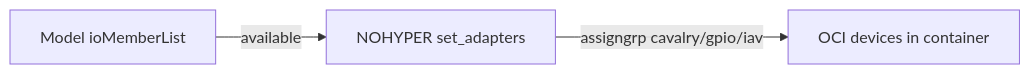
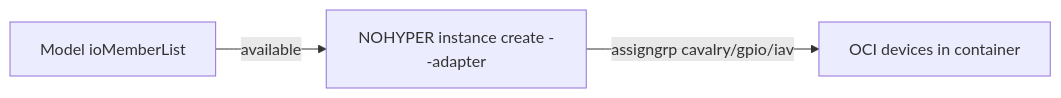
One commit to cchiou-amba/amba-virt changed the diagram in doc/EVE-Ambarella-Models.md. Above: the diagram before and after it, drawn with Mermaid. The commit also changed other lines of this file and 17 other files, not shown here.

````diff
--- a/doc/EVE-Ambarella-Models.md
+++ b/doc/EVE-Ambarella-Models.md
@@ -83,8 +88,8 @@
 ```mermaid
 flowchart LR
   model["Model ioMemberList"]
-  inst["NOHYPER set_adapters"]
+  inst["NOHYPER instance create --adapter"]
   oci["OCI devices in container"]
   model -->|"available"| inst
   inst -->|"assigngrp cavalry/gpio/iav"| oci
 ```
````
